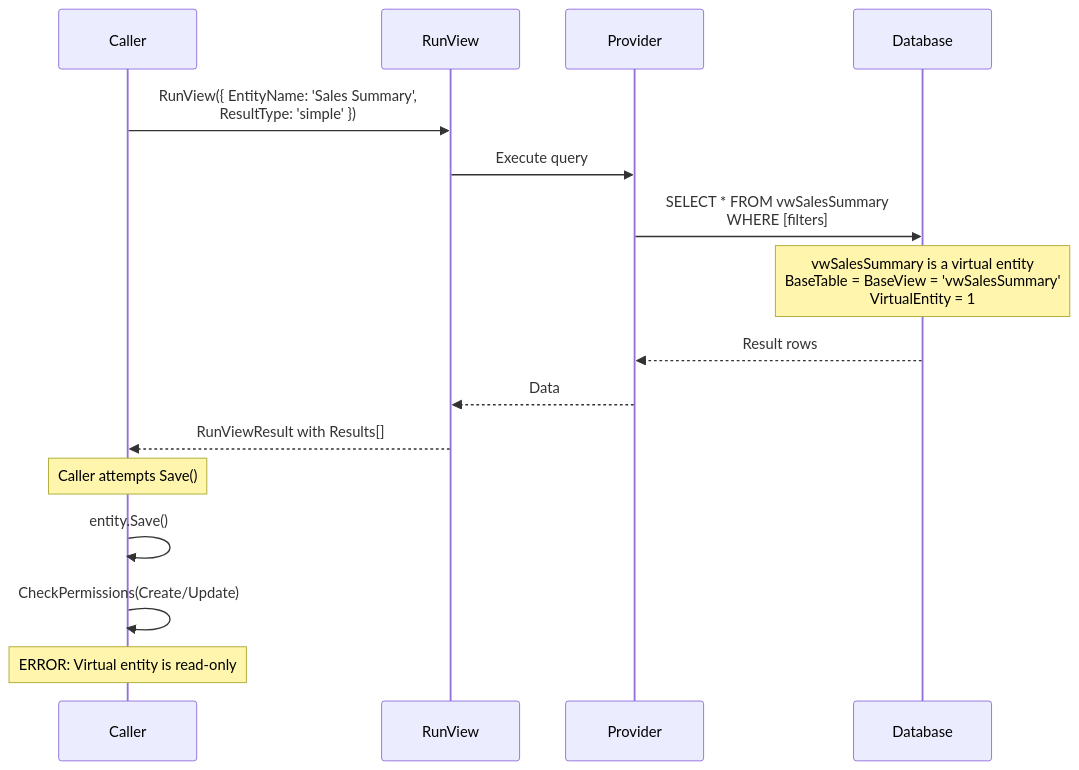
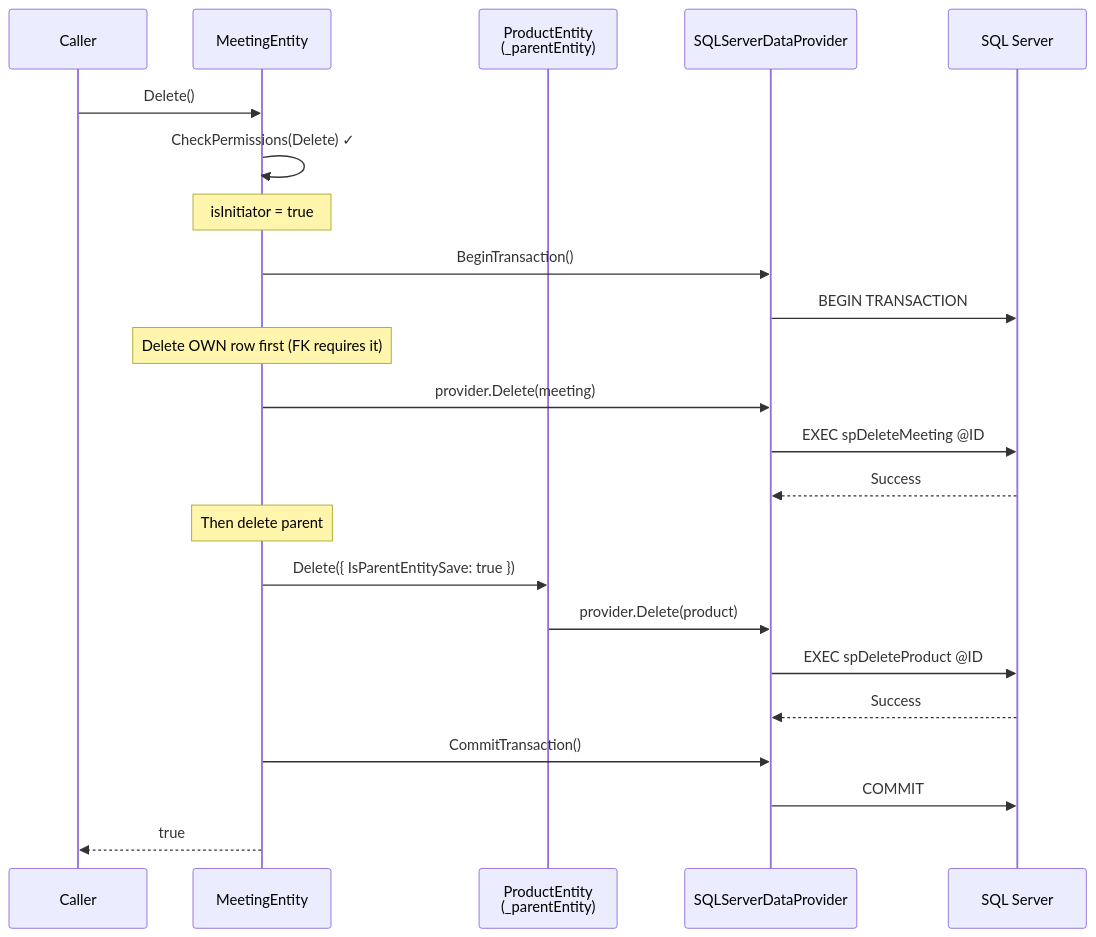
Before and after one commit to MemberJunction/MJ: diagram 12 of 13 in plans/entity-system-enhancements-virtual-and-supertype.md, drawn with Mermaid. The commit also changed other lines of this file, not shown here.

First line of the commit message:
docs: rewrite virtual entities & IS-A type modeling plan with refined architecture

````diff
--- a/plans/entity-system-enhancements-virtual-and-supertype.md
+++ b/plans/entity-system-enhancements-virtual-and-supertype.md
@@ -1398,22 +1067,30 @@
 ```mermaid
 sequenceDiagram
     participant Caller
-    participant RunView
-    participant Provider
-    participant DB as Database
+    participant Meeting as MeetingEntity
+    participant Product as ProductEntity<br/>(_parentEntity)
+    participant SQLProv as SQLServerDataProvider
+    participant DB as SQL Server
 
-    Caller->>RunView: RunView({ EntityName: 'Sales Summary',<br/>ResultType: 'simple' })
-    RunView->>Provider: Execute query
-    Provider->>DB: SELECT * FROM vwSalesSummary<br/>WHERE [filters]
+    Caller->>Meeting: Delete()
+    Meeting->>Meeting: CheckPermissions(Delete) ✓
 
-    Note over DB: vwSalesSummary is a virtual entity<br/>BaseTable = BaseView = 'vwSalesSummary'<br/>VirtualEntity = 1
+    Note over Meeting: isInitiator = true
+    Meeting->>SQLProv: BeginTransaction()
+    SQLProv->>DB: BEGIN TRANSACTION
 
-    DB-->>Provider: Result rows
-    Provider-->>RunView: Data
-    RunView-->>Caller: RunViewResult with Results[]
+    Note over Meeting: Delete OWN row first (FK requires it)
+    Meeting->>SQLProv: provider.Delete(meeting)
+    SQLProv->>DB: EXEC spDeleteMeeting @ID
+    DB-->>SQLProv: Success
 
-    Note over Caller: Caller attempts Save()
-    Caller->>Caller: entity.Save()
-    Caller->>Caller: CheckPermissions(Create/Update)
-    Note over Caller: ERROR: Virtual entity is read-only
+    Note over Meeting: Then delete parent
+    Meeting->>Product: Delete({ IsParentEntitySave: true })
+    Product->>SQLProv: provider.Delete(product)
+    SQLProv->>DB: EXEC spDeleteProduct @ID
+    DB-->>SQLProv: Success
+
+    Meeting->>SQLProv: CommitTransaction()
+    SQLProv->>DB: COMMIT
+    Meeting-->>Caller: true
 ```
````
